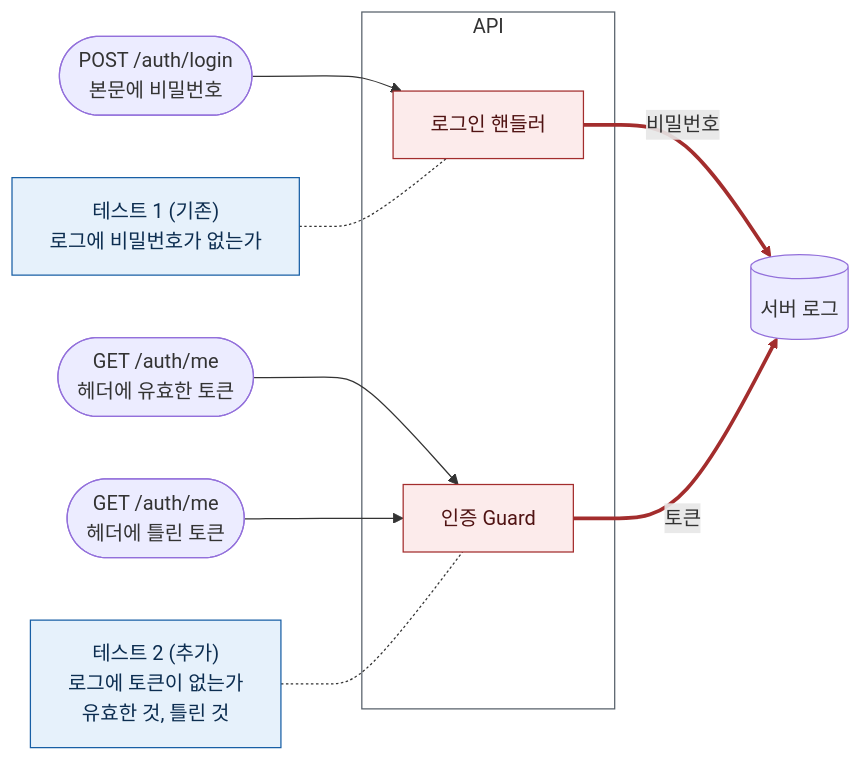
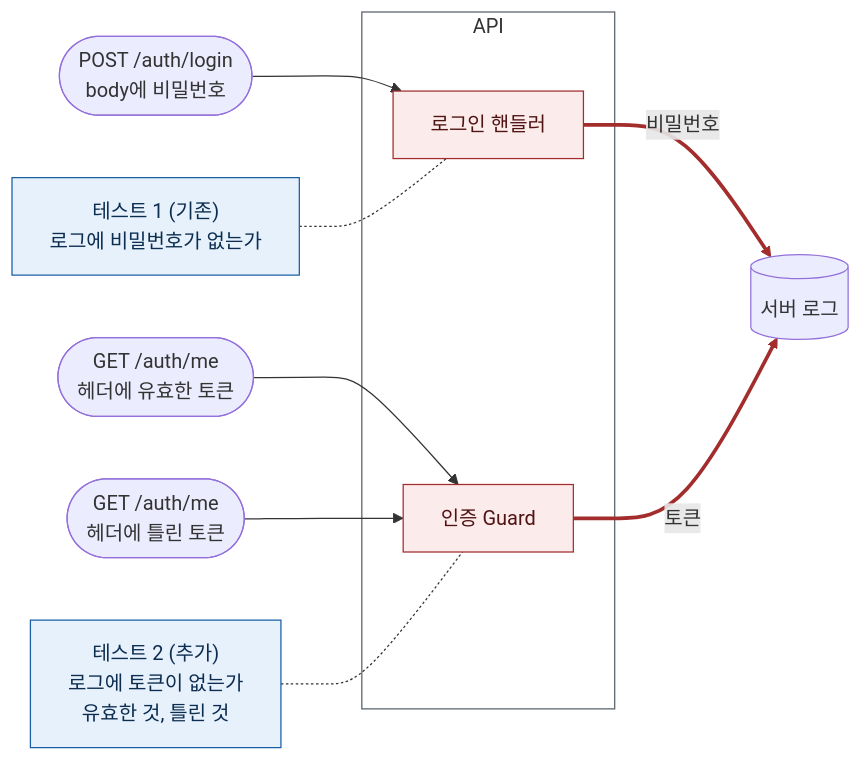
Before and after one commit to loquemedalagana/secure-enroll-demo: the second of 3 diagrams in docs/diagnosis/defect-3.md, drawn with Mermaid. The commit also changed other lines of this file and 4 other files, not shown here.

````diff
--- a/docs/diagnosis/defect-3.md
+++ b/docs/diagnosis/defect-3.md
@@ -153,29 +153,29 @@
 ```mermaid
 flowchart LR
-  r1(["POST /auth/login<br/>본문에 비밀번호"])
+  r1(["POST /auth/login<br/>body에 비밀번호"])
   r2(["GET /auth/me<br/>헤더에 유효한 토큰"])
   r3(["GET /auth/me<br/>헤더에 틀린 토큰"])
 
   subgraph api["API"]
     h1["로그인 핸들러"]
     g["인증 Guard"]
   end
 
   log[("서버 로그")]
 
   r1 --> h1
   r2 --> g
   r3 --> g
   h1 == "비밀번호" ==> log
   g == "토큰" ==> log
 
   t1["테스트 1 (기존)<br/>로그에 비밀번호가 없는가"] -.- h1
   t2["테스트 2 (추가)<br/>로그에 토큰이 없는가<br/>유효한 것, 틀린 것"] -.- g
 
   classDef danger fill:#FCEBEB,stroke:#A32D2D,color:#501313
   classDef test fill:#E6F1FB,stroke:#185FA5,color:#0C2D50
   class h1,g danger
   class t1,t2 test
   style api fill:none,stroke:#57606a
   linkStyle 3,4 stroke:#A32D2D,stroke-width:3px
 ```
````
